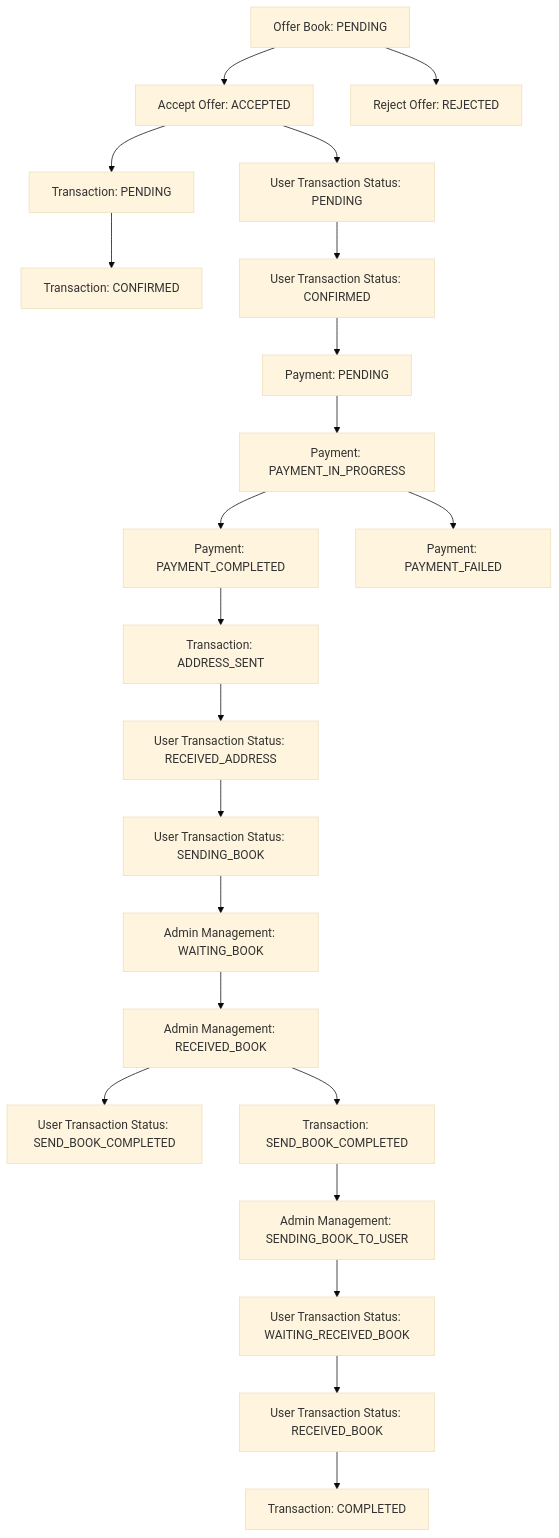
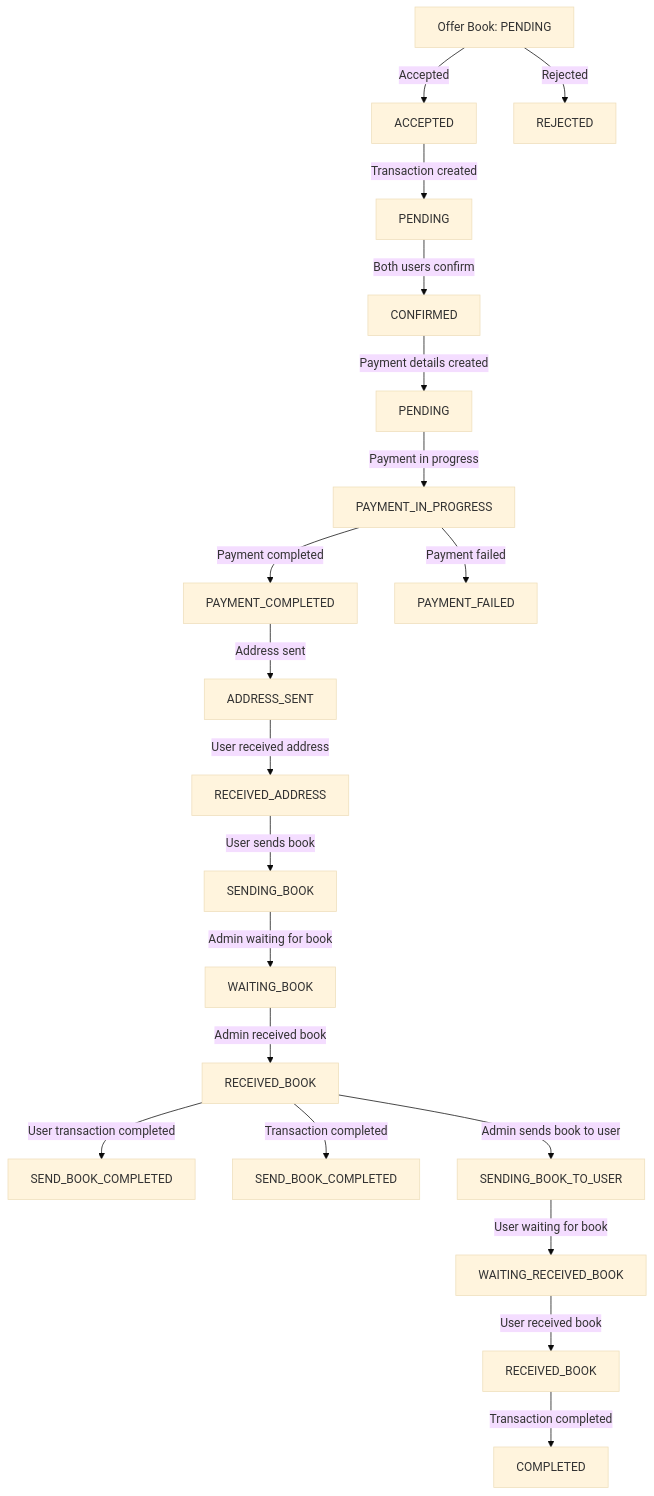
The fourth of 4 diagrams in documents/Status change.md (Loknong/book-exchange), drawn with Mermaid (base theme) before and after one commit. The commit also changed other lines of this file, not shown here.

````diff
--- a/documents/Status change.md
+++ b/documents/Status change.md
@@ -54,25 +57,24 @@
-``` mermaid 
+```mermaid
 graph TD
-    User1[Offer Book: PENDING] --> User2[Accept Offer: ACCEPTED]
-    User1 --> User3[Reject Offer: REJECTED]
-    User2 --> Trans1[Transaction: PENDING]
-    Trans1 --> Trans2[Transaction: CONFIRMED]
-    User2 --> UTT1[User Transaction Status: PENDING]
-    UTT1 --> UTT2[User Transaction Status: CONFIRMED]
-    UTT2 --> Payment1[Payment: PENDING]
-    Payment1 --> Payment2[Payment: PAYMENT_IN_PROGRESS]
-    Payment2 --> Payment3[Payment: PAYMENT_COMPLETED]
-    Payment2 --> Payment4[Payment: PAYMENT_FAILED]
-    Payment3 --> Trans3[Transaction: ADDRESS_SENT]
-    Trans3 --> UTT3[User Transaction Status: RECEIVED_ADDRESS]
-    UTT3 --> UTT4[User Transaction Status: SENDING_BOOK]
-    UTT4 --> Admin1[Admin Management: WAITING_BOOK]
-    Admin1 --> Admin2[Admin Management: RECEIVED_BOOK]
-    Admin2 --> UTT5[User Transaction Status: SEND_BOOK_COMPLETED]
-    Admin2 --> Trans4[Transaction: SEND_BOOK_COMPLETED]
-    Trans4 --> Admin3[Admin Management: SENDING_BOOK_TO_USER]
-    Admin3 --> UTT6[User Transaction Status: WAITING_RECEIVED_BOOK]
-    UTT6 --> UTT7[User Transaction Status: RECEIVED_BOOK]
-    UTT7 --> Trans5[Transaction: COMPLETED]
+    User1[Offer Book: PENDING] -->|Accepted| User2[ACCEPTED]
+    User1 -->|Rejected| User3[REJECTED]
+    User2 -->|Transaction created| Trans1[PENDING]
+    Trans1 -->|Both users confirm| Trans2[CONFIRMED]
+    Trans2 -->|Payment details created| Payment1[PENDING]
+    Payment1 -->|Payment in progress| Payment2[PAYMENT_IN_PROGRESS]
+    Payment2 -->|Payment completed| Payment3[PAYMENT_COMPLETED]
+    Payment2 -->|Payment failed| Payment4[PAYMENT_FAILED]
+    Payment3 -->|Address sent| Trans3[ADDRESS_SENT]
+    Trans3 -->|User received address| UTT3[RECEIVED_ADDRESS]
+    UTT3 -->|User sends book| UTT4[SENDING_BOOK]
+    UTT4 -->|Admin waiting for book| Admin1[WAITING_BOOK]
+    Admin1 -->|Admin received book| Admin2[RECEIVED_BOOK]
+    Admin2 -->|User transaction completed| UTT5[SEND_BOOK_COMPLETED]
+    Admin2 -->|Transaction completed| Trans4[SEND_BOOK_COMPLETED]
+    Admin2 -->|Admin sends book to user| Admin3[SENDING_BOOK_TO_USER]
+    Admin3 -->|User waiting for book| UTT6[WAITING_RECEIVED_BOOK]
+    UTT6 -->|User received book| UTT7[RECEIVED_BOOK]
+    UTT7 -->|Transaction completed| Trans5[COMPLETED]
 
-``` 
+
+```
````
